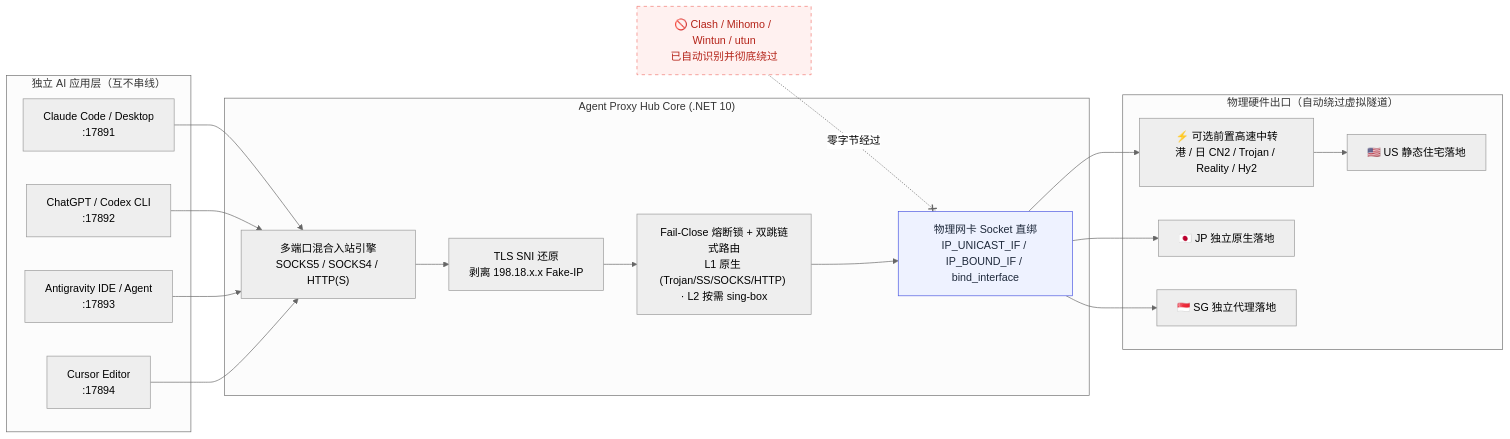
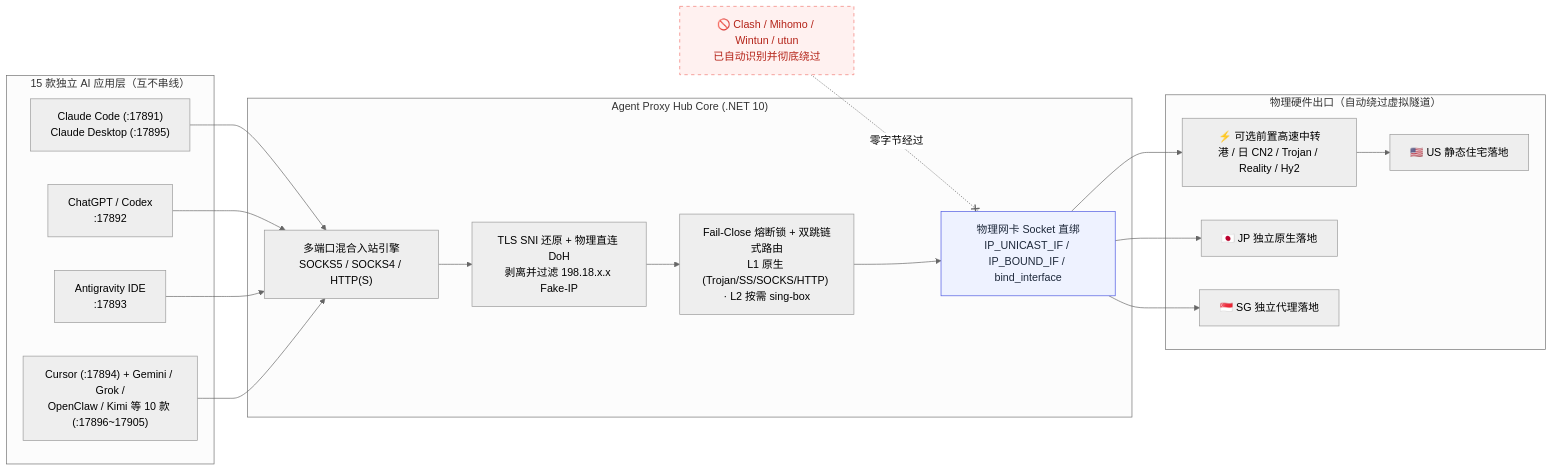
One commit to HeyoCode/Agent_Proxy_Hub changed the diagram in README.md. Above: the diagram before and after it, drawn with Mermaid (neutral theme). The commit also changed other lines of this file, not shown here.

Commit message:
docs(readme): sync architecture, API table, and features with v0.4.4

````diff
--- a/README.md
+++ b/README.md
@@ -143,32 +144,32 @@
 ```mermaid
 flowchart LR
-    subgraph APPS["独立 AI 应用层（互不串线）"]
-        A1["Claude Code / Desktop<br/>:17891"]
-        A2["ChatGPT / Codex CLI<br/>:17892"]
-        A3["Antigravity IDE / Agent<br/>:17893"]
-        A4["Cursor Editor<br/>:17894"]
+    subgraph APPS["15 款独立 AI 应用层（互不串线）"]
+        A1["Claude Code (:17891)<br/>Claude Desktop (:17895)"]
+        A2["ChatGPT / Codex<br/>:17892"]
+        A3["Antigravity IDE<br/>:17893"]
+        A4["Cursor (:17894) + Gemini / Grok /<br/>OpenClaw / Kimi 等 10 款 (:17896~17905)"]
     end
 
     subgraph CORE["Agent Proxy Hub Core (.NET 10)"]
         IN["多端口混合入站引擎<br/>SOCKS5 / SOCKS4 / HTTP(S)"]
-        SNI["TLS SNI 还原<br/>剥离 198.18.x.x Fake-IP"]
+        SNI["TLS SNI 还原 + 物理直连 DoH<br/>剥离并过滤 198.18.x.x Fake-IP"]
         KS["Fail-Close 熔断锁 + 双跳链式路由<br/>L1 原生 (Trojan/SS/SOCKS/HTTP) · L2 按需 sing-box"]
         NIC["物理网卡 Socket 直绑<br/>IP_UNICAST_IF / IP_BOUND_IF / bind_interface"]
     end
 
     subgraph NET["物理硬件出口（自动绕过虚拟隧道）"]
         R1["⚡ 可选前置高速中转<br/>港 / 日 CN2 / Trojan / Reality / Hy2"]
         N1["🇺🇸 US 静态住宅落地"]
         N2["🇯🇵 JP 独立原生落地"]
         N3["🇸🇬 SG 独立代理落地"]
     end
 
     TUN["🚫 Clash / Mihomo / Wintun / utun<br/>已自动识别并彻底绕过"] -. 零字节经过 .-x NIC
 
     A1 & A2 & A3 & A4 --> IN --> SNI --> KS --> NIC
     NIC --> R1 --> N1
     NIC --> N2 & N3
 
     style TUN fill:#fff1f0,stroke:#f27973,stroke-dasharray: 5 5,color:#b42318
     style NIC fill:#eef2ff,stroke:#4a56e2,color:#1e293b
 ```
````
